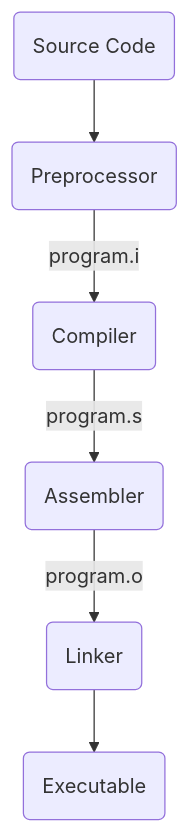
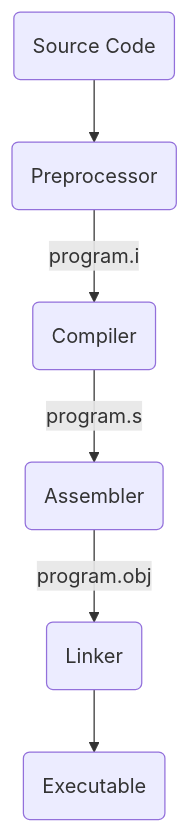
Before and after one commit to mantejjosan/ppslab: the first of 2 diagrams in assignment1.md, drawn with Mermaid. The commit also changed other lines of this file, not shown here.

```diff
--- a/assignment1.md
+++ b/assignment1.md
@@ -51,8 +51,8 @@
 <div class="mermaid">
-graph TD;
+flowchart TD
     A(Source Code) --> B(Preprocessor)
     B --> |program.i| C(Compiler)
     C --> |program.s| D(Assembler)
-    D --> |program.o| E(Linker)
+    D --> |program.obj| E(Linker)
     E --> F(Executable)
 </div>
```
